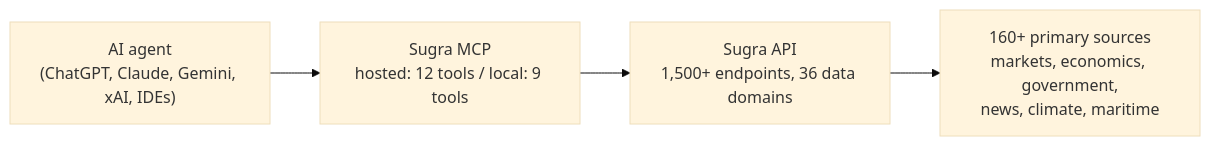
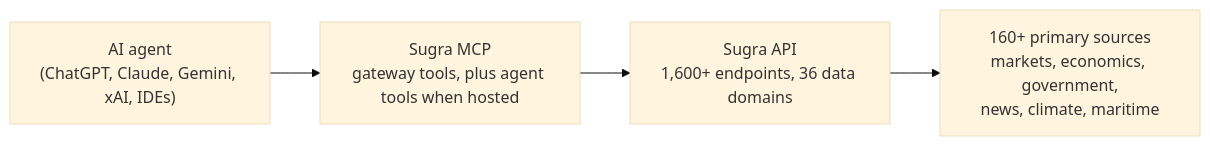
Before and after one commit to Sugra-Systems/sugra-api-mcp: the diagram in README.md, drawn with Mermaid (base theme). The commit also changed other lines of this file and 4 other files, not shown here.

````diff
--- a/README.md
+++ b/README.md
@@ -70,6 +72,6 @@
 ```mermaid
 flowchart LR
-    A["AI agent<br/>(ChatGPT, Claude, Gemini, xAI, IDEs)"] --> B["Sugra MCP<br/>hosted: 12 tools / local: 9 tools"]
-    B --> C["Sugra API<br/>1,500+ endpoints, 36 data domains"]
+    A["AI agent<br/>(ChatGPT, Claude, Gemini, xAI, IDEs)"] --> B["Sugra MCP<br/>gateway tools, plus agent tools when hosted"]
+    B --> C["Sugra API<br/>1,600+ endpoints, 36 data domains"]
     C --> D["160+ primary sources<br/>markets, economics, government,<br/>news, climate, maritime"]
 ```
````
